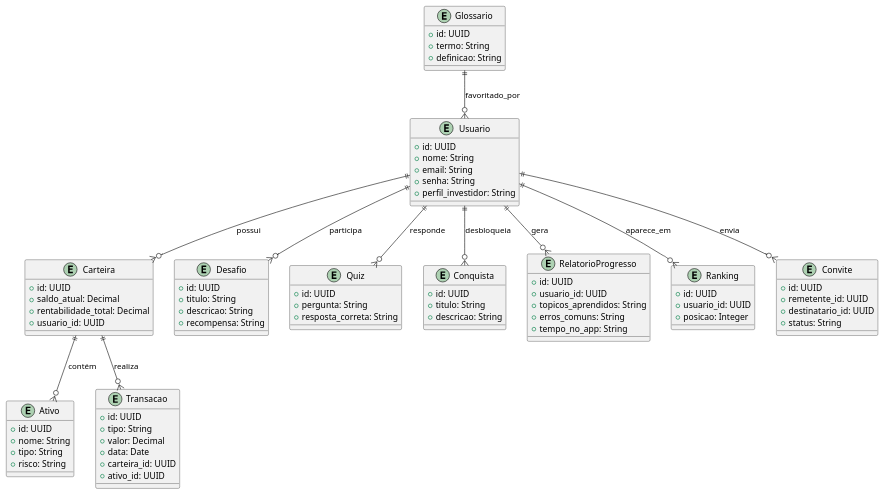
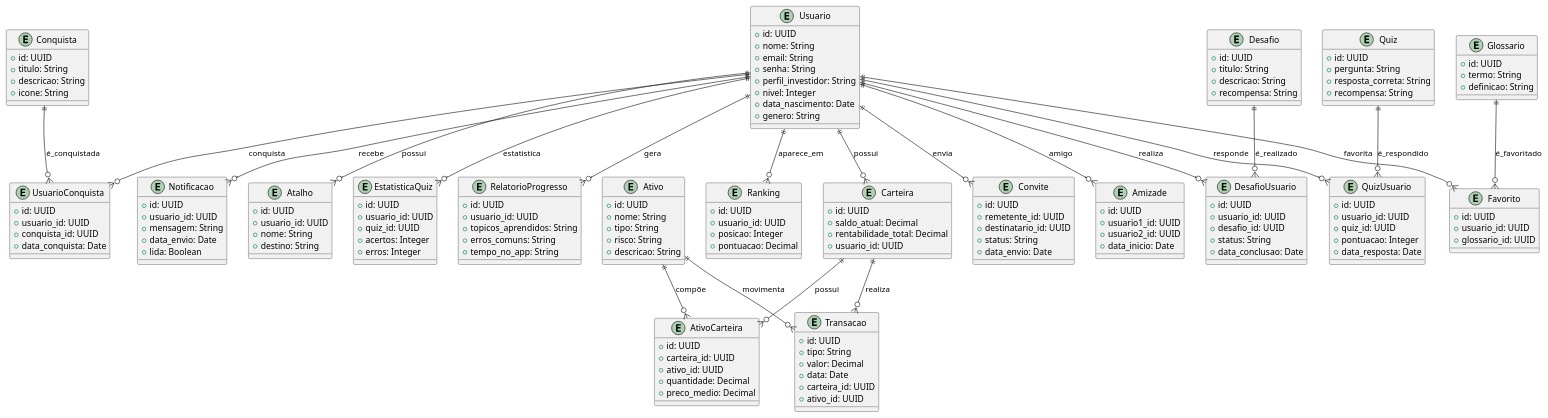
The diagram in entidaderelacionamento.wsd (pedrOfsilveira/diagramas), drawn with PlantUML before and after one commit.

```diff
--- a/entidaderelacionamento.wsd
+++ b/entidaderelacionamento.wsd
@@ -1,91 +1,180 @@
 @startuml
 
 entity Usuario {
     + id: UUID
     + nome: String
     + email: String
     + senha: String
     + perfil_investidor: String
+    + nivel: Integer
+    + data_nascimento: Date
+    + genero: String
 }
 
 entity Carteira {
     + id: UUID
     + saldo_atual: Decimal
     + rentabilidade_total: Decimal
     + usuario_id: UUID
 }
 
 entity Ativo {
     + id: UUID
     + nome: String
     + tipo: String
     + risco: String
+    + descricao: String
+}
+
+entity AtivoCarteira {
+    + id: UUID
+    + carteira_id: UUID
+    + ativo_id: UUID
+    + quantidade: Decimal
+    + preco_medio: Decimal
 }
 
 entity Transacao {
     + id: UUID
     + tipo: String
     + valor: Decimal
     + data: Date
     + carteira_id: UUID
     + ativo_id: UUID
 }
 
 entity Desafio {
     + id: UUID
     + titulo: String
     + descricao: String
     + recompensa: String
 }
 
+entity DesafioUsuario {
+    + id: UUID
+    + usuario_id: UUID
+    + desafio_id: UUID
+    + status: String
+    + data_conclusao: Date
+}
+
 entity Quiz {
     + id: UUID
     + pergunta: String
     + resposta_correta: String
+    + recompensa: String
+}
+
+entity QuizUsuario {
+    + id: UUID
+    + usuario_id: UUID
+    + quiz_id: UUID
+    + pontuacao: Integer
+    + data_resposta: Date
 }
 
 entity Glossario {
     + id: UUID
     + termo: String
     + definicao: String
 }
 
+entity Favorito {
+    + id: UUID
+    + usuario_id: UUID
+    + glossario_id: UUID
+}
+
 entity Conquista {
     + id: UUID
     + titulo: String
     + descricao: String
+    + icone: String
+}
+
+entity UsuarioConquista {
+    + id: UUID
+    + usuario_id: UUID
+    + conquista_id: UUID
+    + data_conquista: Date
 }
 
 entity RelatorioProgresso {
     + id: UUID
     + usuario_id: UUID
     + topicos_aprendidos: String
     + erros_comuns: String
     + tempo_no_app: String
 }
 
 entity Ranking {
     + id: UUID
     + usuario_id: UUID
     + posicao: Integer
+    + pontuacao: Decimal
 }
 
 entity Convite {
     + id: UUID
     + remetente_id: UUID
     + destinatario_id: UUID
     + status: String
+    + data_envio: Date
+}
+
+entity Amizade {
+    + id: UUID
+    + usuario1_id: UUID
+    + usuario2_id: UUID
+    + data_inicio: Date
+}
+
+entity Notificacao {
+    + id: UUID
+    + usuario_id: UUID
+    + mensagem: String
+    + data_envio: Date
+    + lida: Boolean
+}
+
+entity Atalho {
+    + id: UUID
+    + usuario_id: UUID
+    + nome: String
+    + destino: String
+}
+
+entity EstatisticaQuiz {
+    + id: UUID
+    + usuario_id: UUID
+    + quiz_id: UUID
+    + acertos: Integer
+    + erros: Integer
 }
 
 Usuario ||--o{ Carteira : possui
+Carteira ||--o{ AtivoCarteira : possui
+Ativo ||--o{ AtivoCarteira : compõe
 Carteira ||--o{ Transacao : realiza
-Carteira ||--o{ Ativo : contém
-Usuario ||--o{ Desafio : participa
-Usuario ||--o{ Quiz : responde
-Usuario ||--o{ Conquista : desbloqueia
+Ativo ||--o{ Transacao : movimenta
+
+Usuario ||--o{ DesafioUsuario : realiza
+Desafio ||--o{ DesafioUsuario : é_realizado
+Usuario ||--o{ QuizUsuario : responde
+Quiz ||--o{ QuizUsuario : é_respondido
+
+Usuario ||--o{ Favorito : favorita
+Glossario ||--o{ Favorito : é_favoritado
+
+Usuario ||--o{ UsuarioConquista : conquista
+Conquista ||--o{ UsuarioConquista : é_conquistada
+
 Usuario ||--o{ RelatorioProgresso : gera
 Usuario ||--o{ Ranking : aparece_em
 Usuario ||--o{ Convite : envia
-Glossario ||--o{ Usuario : favoritado_por
+Usuario ||--o{ Amizade : amigo
+Usuario ||--o{ Notificacao : recebe
+Usuario ||--o{ Atalho : possui
+Usuario ||--o{ EstatisticaQuiz : estatistica
 
 @enduml
```
